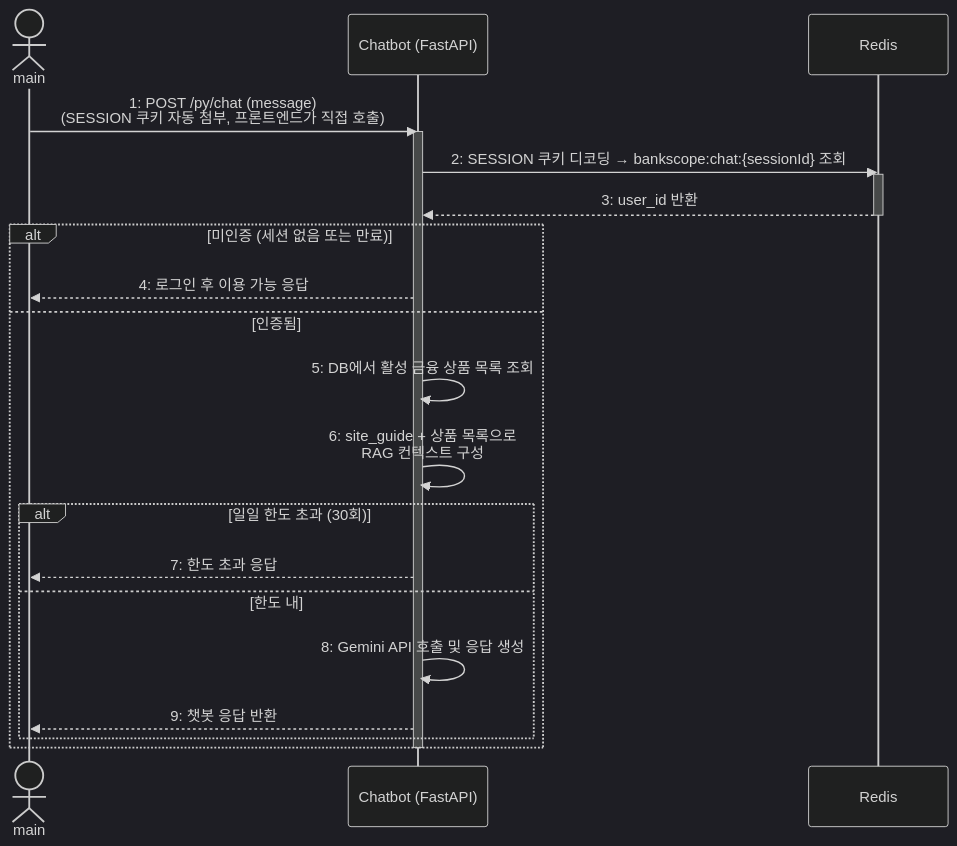
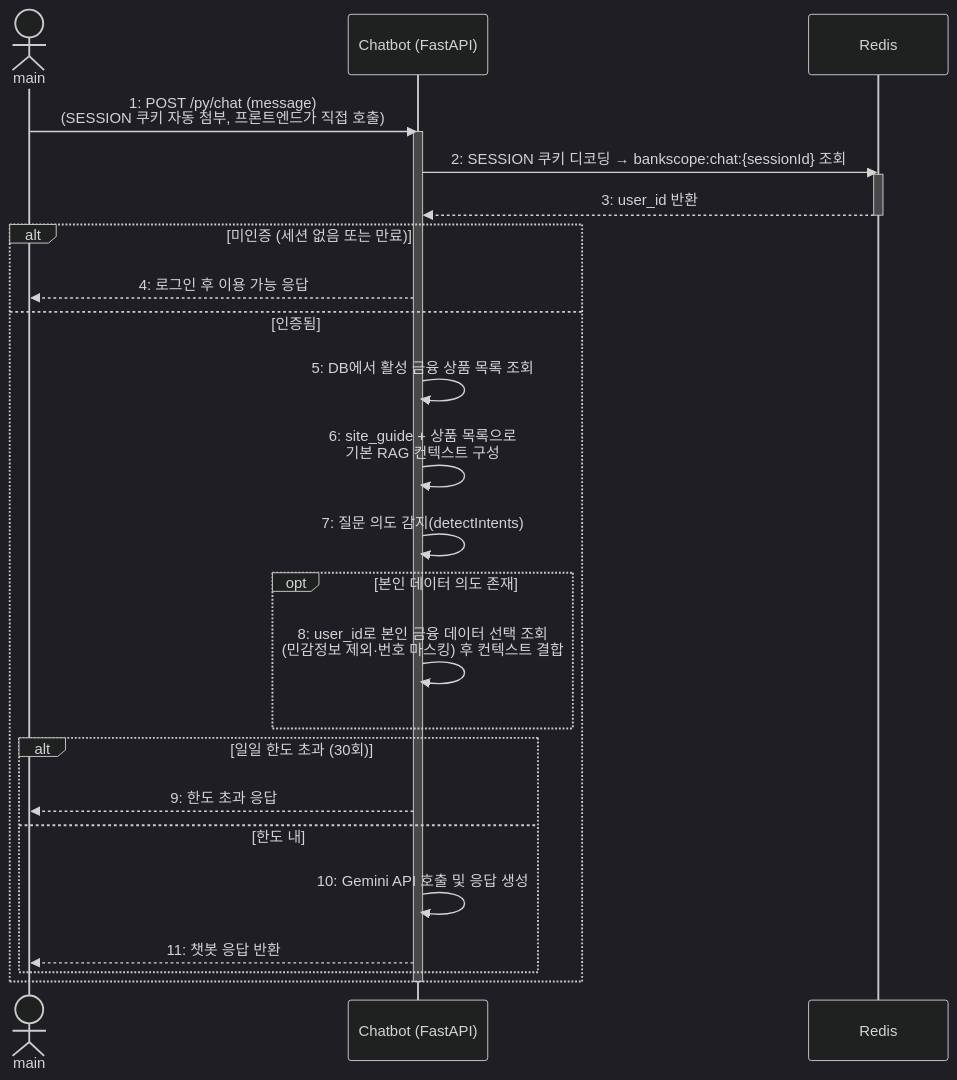
One commit to silversky621/BankScope changed the ninth of 11 diagrams in Design_[21622137_최재영].md. Above: the diagram before and after it, drawn with Mermaid (dark theme). The commit also changed other lines of this file and 2 other files, not shown here.

Commit message:
docs: 챗봇 개인화 및 개인정보 보호(마스킹·AES 키 외부화) 설계 문서 반영

````diff
--- a/Design_[21622137_최재영].md
+++ b/Design_[21622137_최재영].md
@@ -507,26 +511,30 @@
 ```mermaid
 sequenceDiagram
     actor main
     participant CB as Chatbot (FastAPI)
     participant RD as Redis
 
     main->>CB: 1: POST /py/chat (message)<br/>(SESSION 쿠키 자동 첨부, 프론트엔드가 직접 호출)
     activate CB
     CB->>RD: 2: SESSION 쿠키 디코딩 → bankscope:chat:{sessionId} 조회
     activate RD
     RD-->>CB: 3: user_id 반환
     deactivate RD
     alt 미인증 (세션 없음 또는 만료)
         CB-->>main: 4: 로그인 후 이용 가능 응답
     else 인증됨
         CB->>CB: 5: DB에서 활성 금융 상품 목록 조회
-        CB->>CB: 6: site_guide + 상품 목록으로<br/>RAG 컨텍스트 구성
+        CB->>CB: 6: site_guide + 상품 목록으로<br/>기본 RAG 컨텍스트 구성
+        CB->>CB: 7: 질문 의도 감지(detectIntents)
+        opt 본인 데이터 의도 존재
+            CB->>CB: 8: user_id로 본인 금융 데이터 선택 조회<br/>(민감정보 제외·번호 마스킹) 후 컨텍스트 결합
+        end
         alt 일일 한도 초과 (30회)
-            CB-->>main: 7: 한도 초과 응답
+            CB-->>main: 9: 한도 초과 응답
         else 한도 내
-            CB->>CB: 8: Gemini API 호출 및 응답 생성
-            CB-->>main: 9: 챗봇 응답 반환
+            CB->>CB: 10: Gemini API 호출 및 응답 생성
+            CB-->>main: 11: 챗봇 응답 반환
         end
     end
     deactivate CB
 ```
````
